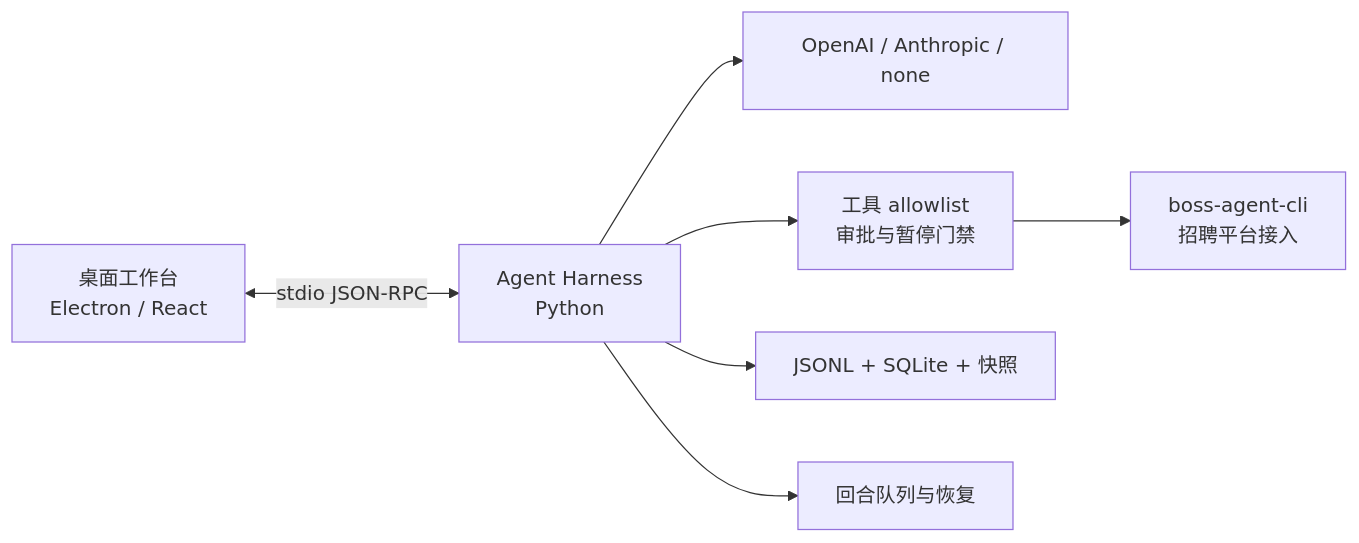
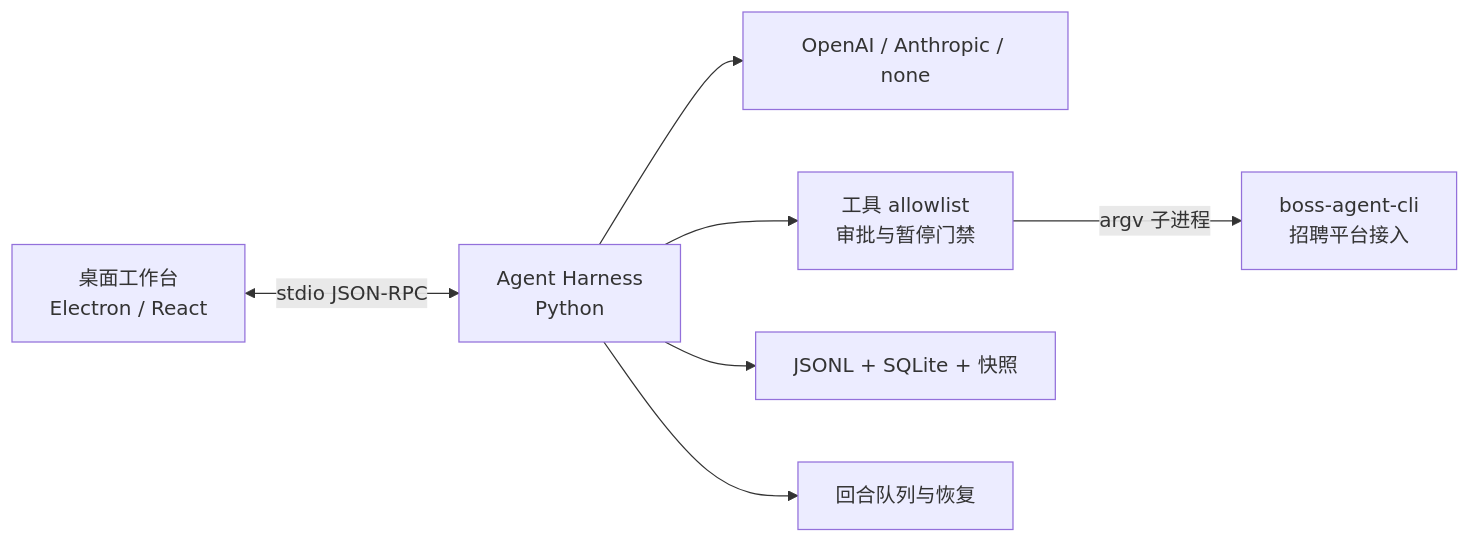
One commit to can4hou6joeng4/boss-harness changed the diagram in README.md. Above: the diagram before and after it, drawn with Mermaid. The commit also changed other lines of this file and 20 other files, not shown here.

````diff
--- a/README.md
+++ b/README.md
@@ -125,9 +115,9 @@
 ```mermaid
 flowchart LR
     U[桌面工作台<br/>Electron / React] <-->|stdio JSON-RPC| H[Agent Harness<br/>Python]
     H --> M[OpenAI / Anthropic / none]
     H --> G[工具 allowlist<br/>审批与暂停门禁]
-    G --> B[boss-agent-cli<br/>招聘平台接入]
+    G -->|argv 子进程| B[boss-agent-cli<br/>招聘平台接入]
     H --> S[JSONL + SQLite + 快照]
     H --> Q[回合队列与恢复]
 ```
````
